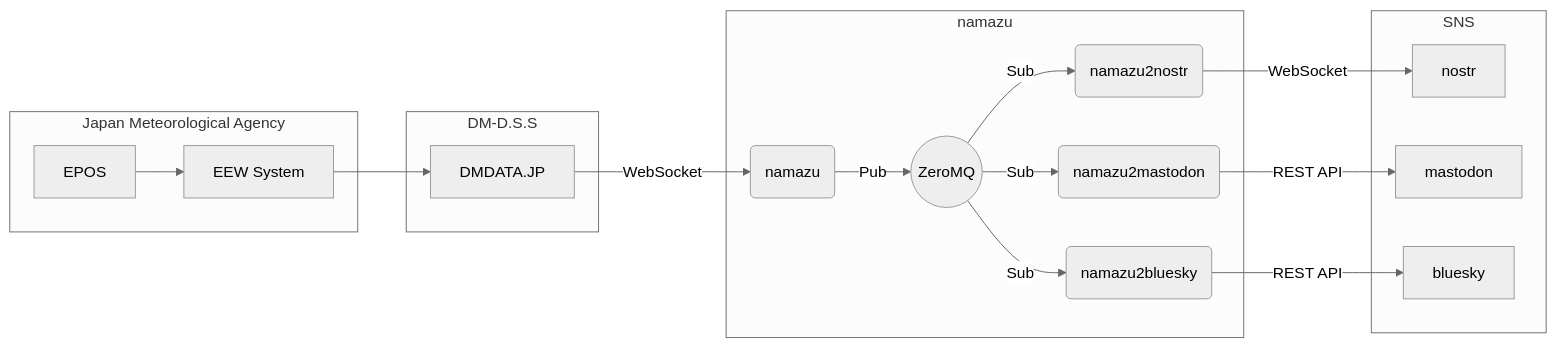
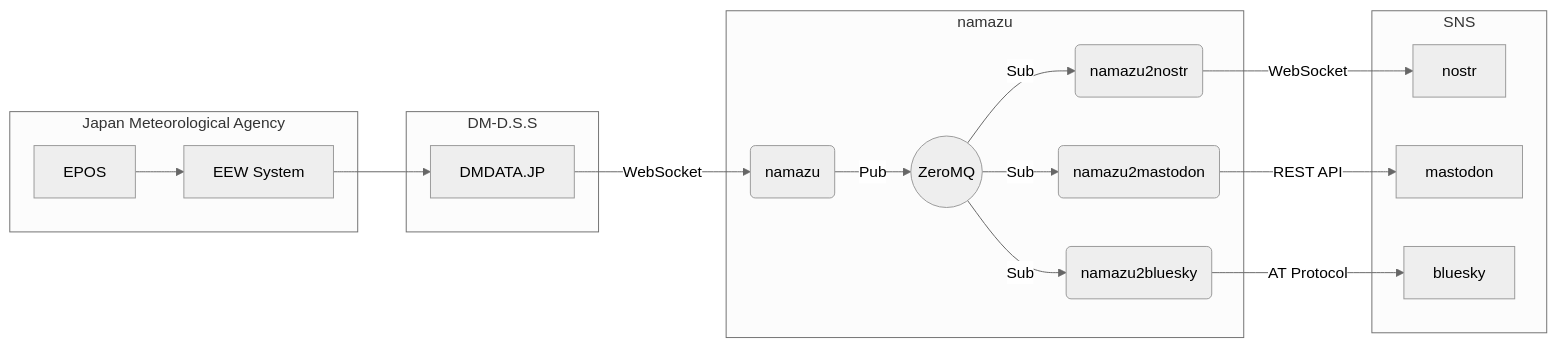
Before and after one commit to matsuu/namazu: the diagram in README.md, drawn with Mermaid (neutral theme).

Commit message:
AT Protocol

````diff
--- a/README.md
+++ b/README.md
@@ -7,23 +7,23 @@
 ```mermaid
 flowchart LR
   subgraph Japan Meteorological Agency
     J[EPOS]-->E[EEW System]
   end
     E-->D[DMDATA.JP]
   subgraph DM-D.S.S
     D
   end
   D--WebSocket-->N(namazu)
   subgraph namazu
     N--Pub-->Z((ZeroMQ))
     Z--Sub--> NN(namazu2nostr) & NM(namazu2mastodon) & NB(namazu2bluesky)
   end
   NN--WebSocket-->SN[nostr]
   NM--REST API-->SM[mastodon]
-  NB--REST API-->SB[bluesky]
+  NB--AT Protocol-->SB[bluesky]
   subgraph SNS
     SN
     SM
     SB
   end
 ```
````
